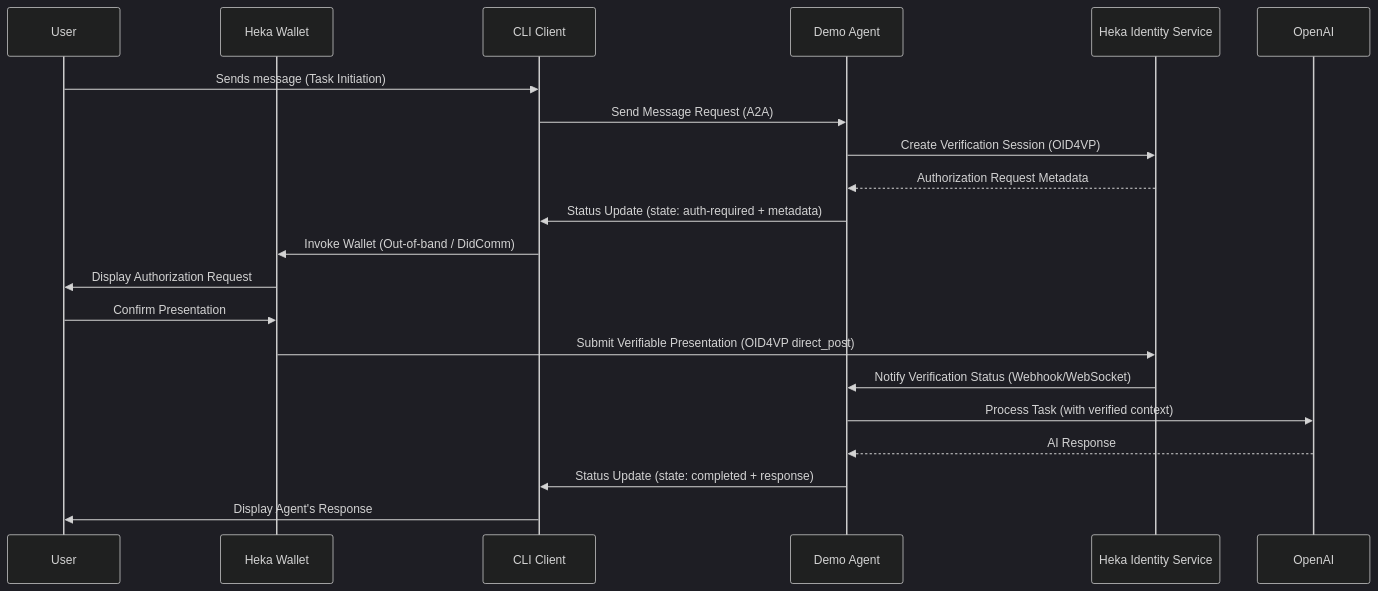
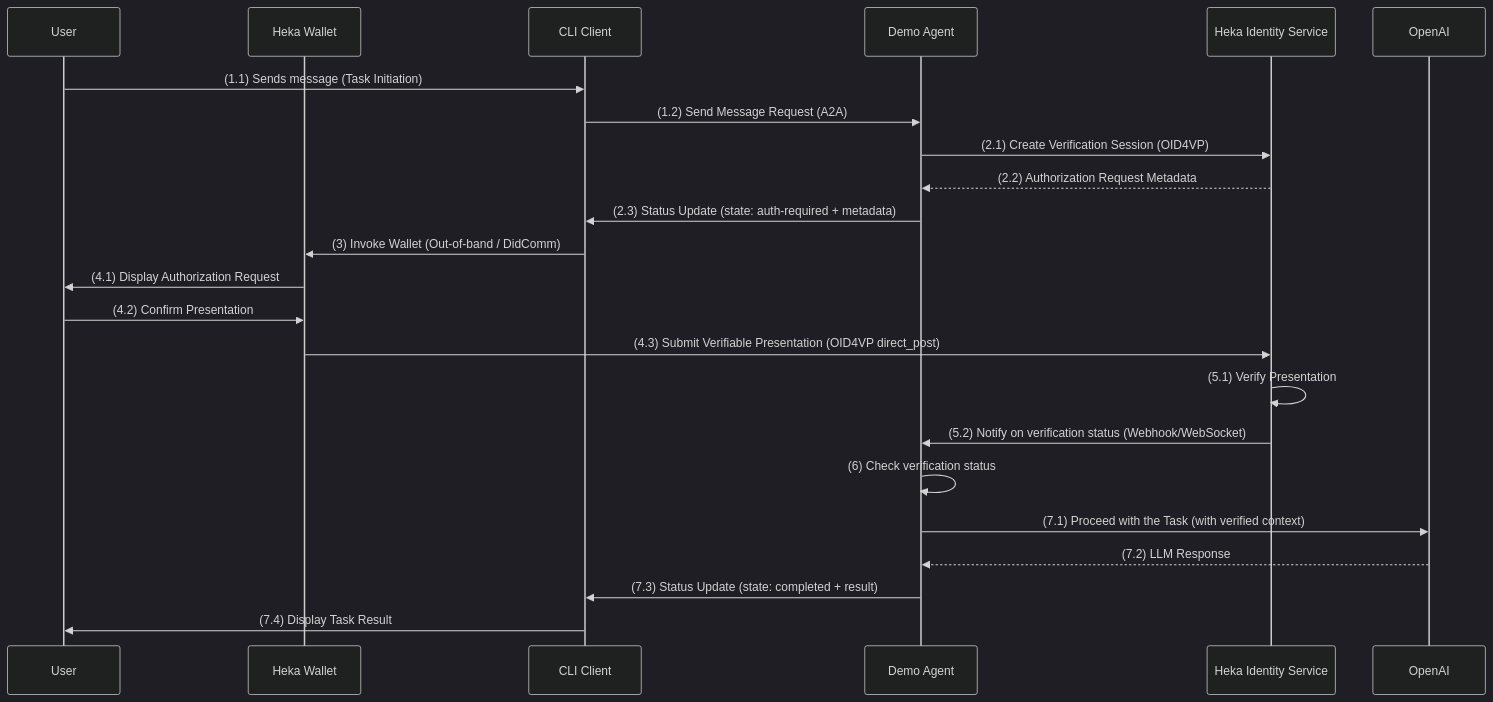
One commit to hiero-ledger/heka-identity-platform changed the diagram in demo/a2a-oid4vp/README.md. Above: the diagram before and after it, drawn with Mermaid (dark theme). The commit also changed other lines of this file and 4 other files, not shown here.

````diff
--- a/demo/a2a-oid4vp/README.md
+++ b/demo/a2a-oid4vp/README.md
@@ -24,24 +25,26 @@
 ```mermaid
 sequenceDiagram
     participant User
     participant Wallet as Heka Wallet
     participant CLI as CLI Client
     participant Agent as Demo Agent
     participant HIS as Heka Identity Service
     participant LLM as OpenAI
 
-    User->>CLI: Sends message (Task Initiation)
-    CLI->>Agent: Send Message Request (A2A)
-    Agent->>HIS: Create Verification Session (OID4VP)
-    HIS-->>Agent: Authorization Request Metadata
-    Agent->>CLI: Status Update (state: auth-required + metadata)
-    CLI->>Wallet: Invoke Wallet (Out-of-band / DidComm)
-    Wallet->>User: Display Authorization Request
-    User->>Wallet: Confirm Presentation
-    Wallet->>HIS: Submit Verifiable Presentation (OID4VP direct_post)
-    HIS->>Agent: Notify Verification Status (Webhook/WebSocket)
-    Agent->>LLM: Process Task (with verified context)
-    LLM-->>Agent: AI Response
-    Agent->>CLI: Status Update (state: completed + response)
-    CLI->>User: Display Agent's Response
+    User->>CLI: (1.1) Sends message (Task Initiation)
+    CLI->>Agent: (1.2) Send Message Request (A2A)
+    Agent->>HIS: (2.1) Create Verification Session (OID4VP)
+    HIS-->>Agent: (2.2) Authorization Request Metadata
+    Agent->>CLI: (2.3) Status Update (state: auth-required + metadata)
+    CLI->>Wallet: (3) Invoke Wallet (Out-of-band / DidComm)
+    Wallet->>User: (4.1) Display Authorization Request
+    User->>Wallet: (4.2) Confirm Presentation
+    Wallet->>HIS: (4.3) Submit Verifiable Presentation (OID4VP direct_post)
+    HIS->>HIS: (5.1) Verify Presentation
+    HIS->>Agent: (5.2) Notify on verification status (Webhook/WebSocket)
+    Agent->>Agent: (6) Check verification status
+    Agent->>LLM: (7.1) Proceed with the Task (with verified context)
+    LLM-->>Agent: (7.2) LLM Response
+    Agent->>CLI: (7.3) Status Update (state: completed + result)
+    CLI->>User: (7.4) Display Task Result
 ```
````
